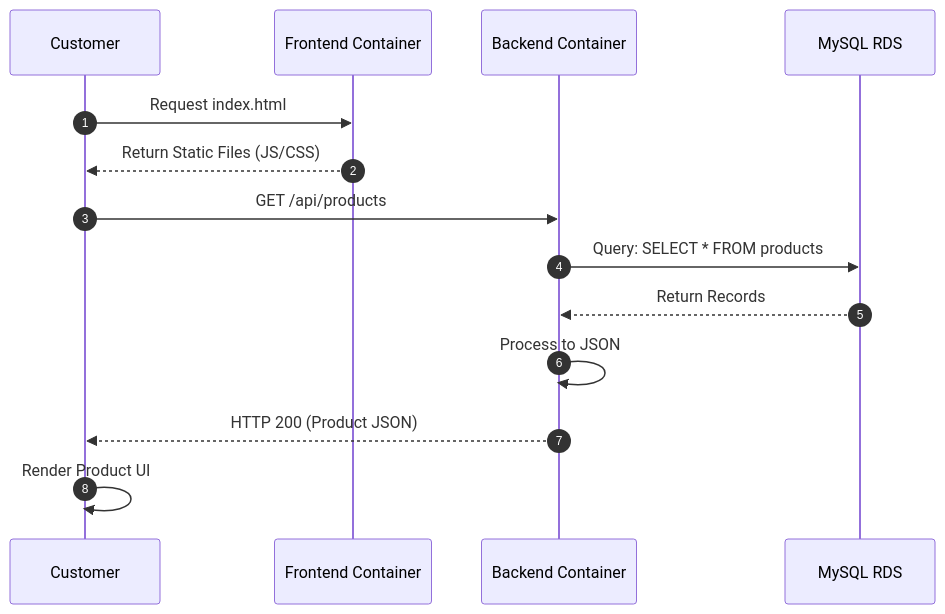
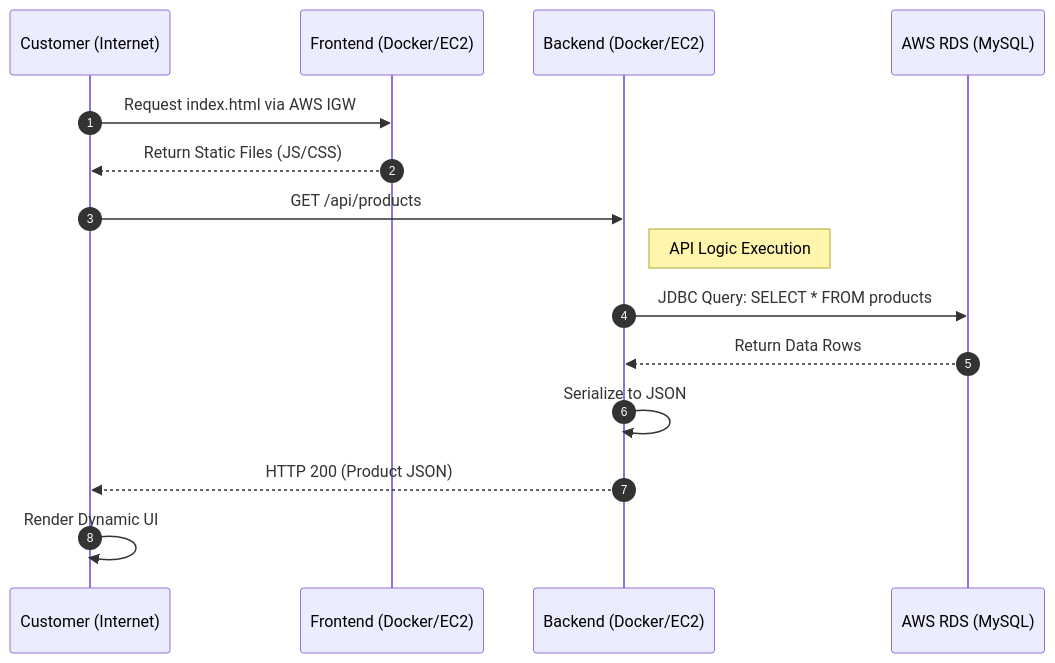
One commit to siddheshsomvanshi1/Bakery_Project_Docker_K8S changed the fifth of 7 diagrams in BakeryProject_new-main/Containerized Bakery Web Application/README.md. Above: the diagram before and after it, drawn with Mermaid. The commit also changed other lines of this file and 1 other file, not shown here.

First line of the commit message:
docs: update READMEs to reflect simplified Docker deployment

````diff
--- a/BakeryProject_new-main/Containerized Bakery Web Application/README.md
+++ b/BakeryProject_new-main/Containerized Bakery Web Application/README.md
@@ -127,17 +139,18 @@
 ```mermaid
 sequenceDiagram
     autonumber
-    participant U as Customer
-    participant F as Frontend Container
-    participant B as Backend Container
-    participant D as MySQL RDS
+    participant U as Customer (Internet)
+    participant F as Frontend (Docker/EC2)
+    participant B as Backend (Docker/EC2)
+    participant D as AWS RDS (MySQL)
     
-    U->>F: Request index.html
+    U->>F: Request index.html via AWS IGW
     F-->>U: Return Static Files (JS/CSS)
     U->>B: GET /api/products
-    B->>D: Query: SELECT * FROM products
-    D-->>B: Return Records
-    B->>B: Process to JSON
+    Note right of B: API Logic Execution
+    B->>D: JDBC Query: SELECT * FROM products
+    D-->>B: Return Data Rows
+    B->>B: Serialize to JSON
     B-->>U: HTTP 200 (Product JSON)
-    U->>U: Render Product UI
+    U->>U: Render Dynamic UI
 ```
````
